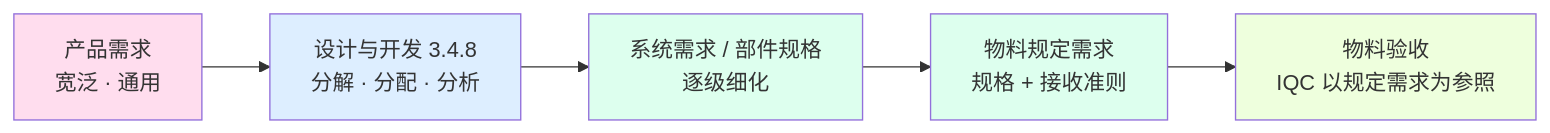
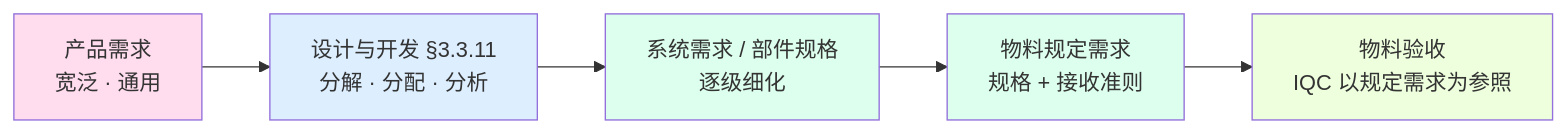
Before and after one commit to Yongjunzhou/AOS-system-design: the first of 3 diagrams in 100-subprojects/01-系统工程研究/00-系统工程相关研究报告/19-物料需求与需求判据研究报告-从产品需求到需求的质量判据.md, drawn with Mermaid. The commit also changed other lines of this file and 38 other files, not shown here.

````diff
--- a/100-subprojects/01-系统工程研究/00-系统工程相关研究报告/19-物料需求与需求判据研究报告-从产品需求到需求的质量判据.md
+++ b/100-subprojects/01-系统工程研究/00-系统工程相关研究报告/19-物料需求与需求判据研究报告-从产品需求到需求的质量判据.md
@@ -36,12 +39,12 @@
 ```mermaid
 flowchart LR
-    A["产品需求<br/>宽泛 · 通用"] --> B["设计与开发 3.4.8<br/>分解 · 分配 · 分析"]
+    A["产品需求<br/>宽泛 · 通用"] --> B["设计与开发 §3.3.11<br/>分解 · 分配 · 分析"]
     B --> C["系统需求 / 部件规格<br/>逐级细化"]
     C --> D["物料规定需求<br/>规格 + 接收准则"]
     D --> E["物料验收<br/>IQC 以规定需求为参照"]
     style A fill:#fde
     style B fill:#def
     style C fill:#dfe
     style D fill:#dfe
     style E fill:#efd
 ```
````
